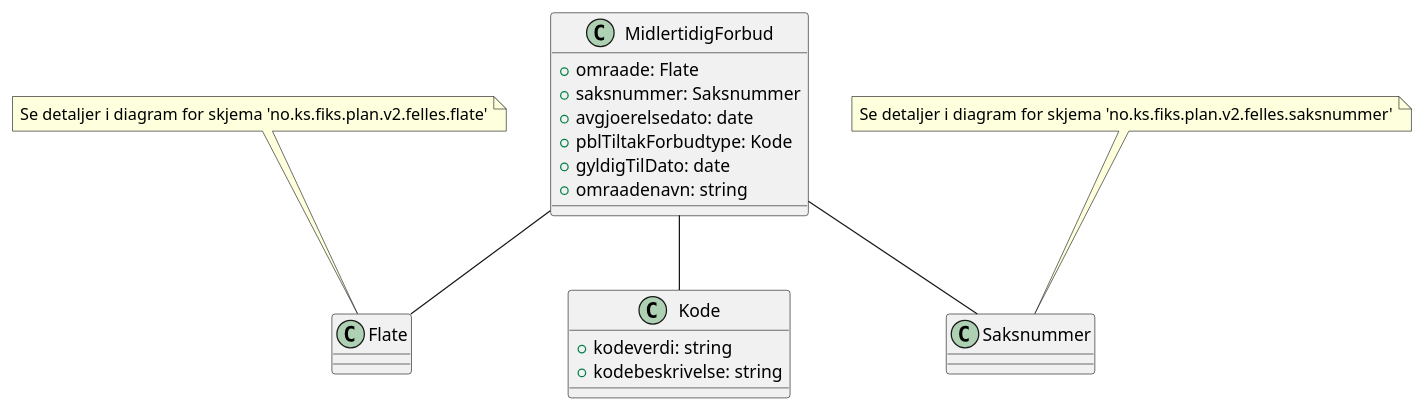
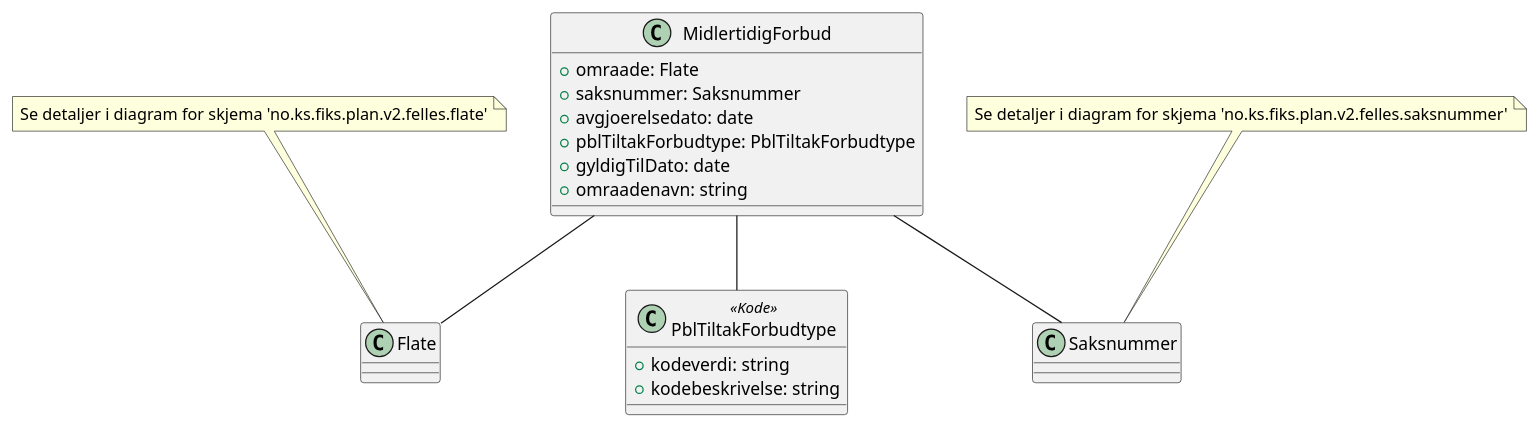
Before and after one commit to ks-no/fiks-plan-specification: the diagram in Dokumentasjon/V2/SchemaModels/no.ks.fiks.plan.v2.felles.midlertidigforbud/midlertidigforbud.pu, drawn with PlantUML. The commit also changed 28 other files, not shown here.

Commit message:
Flere oppdateringer på UML

```diff
--- a/Dokumentasjon/V2/SchemaModels/no.ks.fiks.plan.v2.felles.midlertidigforbud/midlertidigforbud.pu
+++ b/Dokumentasjon/V2/SchemaModels/no.ks.fiks.plan.v2.felles.midlertidigforbud/midlertidigforbud.pu
@@ -1,23 +1,23 @@
 @startuml
 class MidlertidigForbud {
     +omraade: Flate
     +saksnummer: Saksnummer
     +avgjoerelsedato: date
-    +pblTiltakForbudtype: Kode
+    +pblTiltakForbudtype: PblTiltakForbudtype
     +gyldigTilDato: date
     +omraadenavn: string
 }
 
 MidlertidigForbud -- Flate
 MidlertidigForbud -- Saksnummer
-MidlertidigForbud -- Kode
+MidlertidigForbud -- PblTiltakForbudtype
 
 note top of Flate : Se detaljer i diagram for skjema 'no.ks.fiks.plan.v2.felles.flate'
 note top of Saksnummer : Se detaljer i diagram for skjema 'no.ks.fiks.plan.v2.felles.saksnummer'
 
-class Kode {
+class PblTiltakForbudtype <<Kode>> {
     +kodeverdi: string
     +kodebeskrivelse: string
 }
 
 @enduml
```
